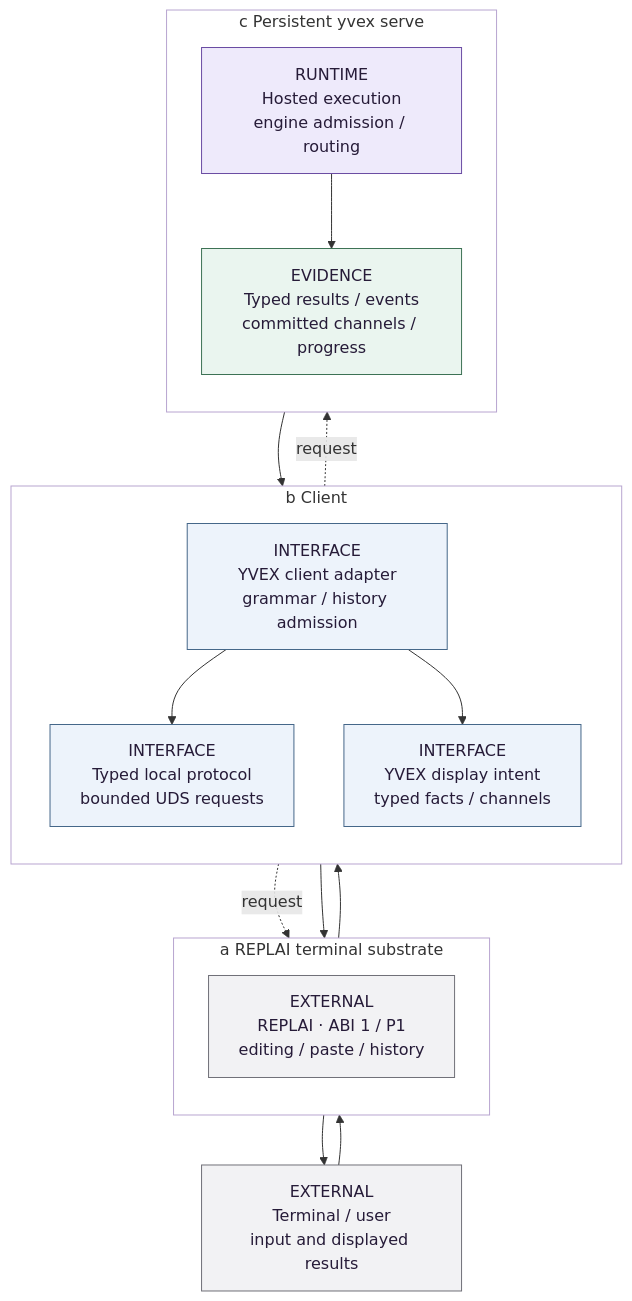
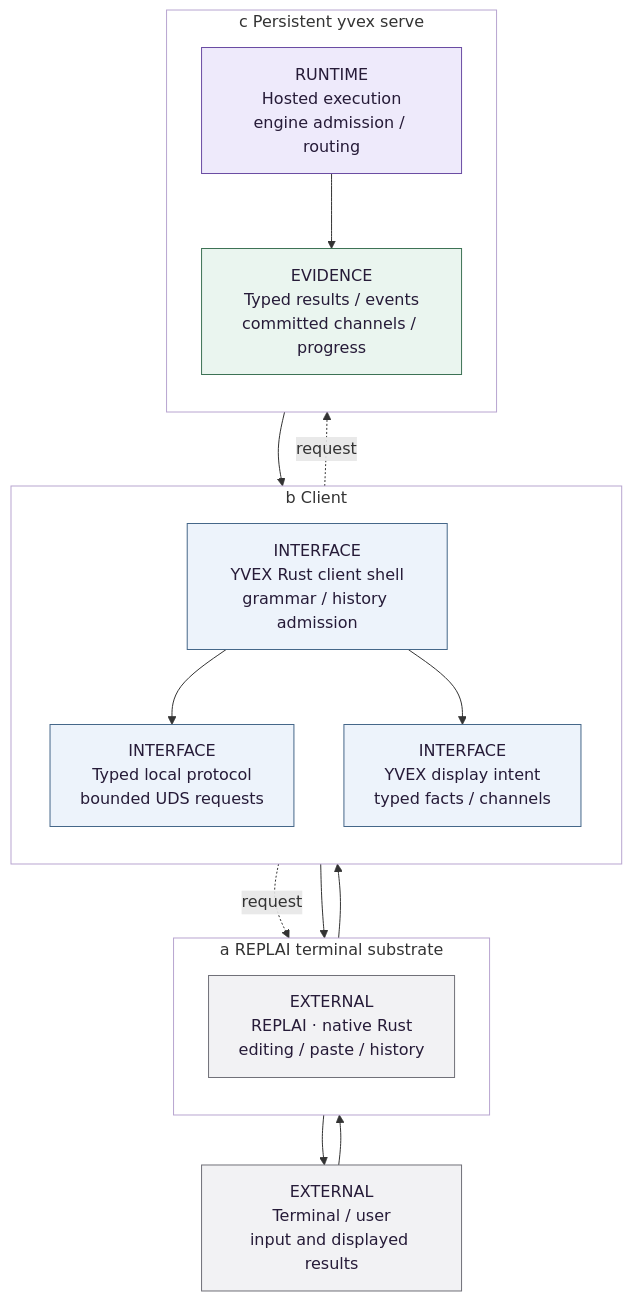
Before and after one commit to yailabs/yvex: the diagram in docs/architecture/interfaces-protocols.md, drawn with Mermaid. The commit also changed other lines of this file and 252 other files, not shown here.

Commit message:
feat(cli): migrate the complete product shell to native Rust

````diff
--- a/docs/architecture/interfaces-protocols.md
+++ b/docs/architecture/interfaces-protocols.md
@@ -61,42 +83,42 @@
 ```mermaid
 %% yvex-figure: interactive_boundary
 %%{init: {"themeVariables": {"background": "transparent"}}}%%
 flowchart TB
   n_terminal["EXTERNAL<br/>Terminal / user<br/>input and displayed results"]:::external
   subgraph n_panel_0["a  REPLAI terminal substrate"]
     direction TB
-  n_editor["EXTERNAL<br/>REPLAI · ABI 1 / P1<br/>editing / paste / history"]:::external
+  n_editor["EXTERNAL<br/>REPLAI · native Rust<br/>editing / paste / history"]:::external
   end
   subgraph n_panel_1["b  Client"]
     direction TB
-  n_client["INTERFACE<br/>YVEX client adapter<br/>grammar / history admission"]:::interface
+  n_client["INTERFACE<br/>YVEX Rust client shell<br/>grammar / history admission"]:::interface
   n_protocol["INTERFACE<br/>Typed local protocol<br/>bounded UDS requests"]:::interface
   n_render["INTERFACE<br/>YVEX display intent<br/>typed facts / channels"]:::interface
   end
   subgraph n_panel_2["c  Persistent yvex serve"]
     direction TB
   n_runtime["RUNTIME<br/>Hosted execution<br/>engine admission / routing"]:::runtime
   n_events["EVIDENCE<br/>Typed results / events<br/>committed channels / progress"]:::evidence
   end
   n_terminal --> n_editor
   n_editor --> n_client
   n_client -. request .-> n_editor
   n_client --> n_protocol
   n_protocol -. request .-> n_runtime
   n_runtime --> n_events
   n_events --> n_render
   n_client --> n_render
   n_render --> n_editor
   n_editor --> n_terminal
   n_panel_0 ~~~ n_panel_1 ~~~ n_panel_2
   classDef semantic fill:#efe5fc,stroke:#7541ba,color:#261b38
   classDef physical fill:#f4effb,stroke:#8054b2,color:#261b38
   classDef runtime fill:#eeeafb,stroke:#6a4ca3,color:#261b38
   classDef mutable fill:#fff3db,stroke:#8e6920,color:#261b38
   classDef interface fill:#edf3fb,stroke:#456789,color:#261b38
   classDef external fill:#f2f2f4,stroke:#707078,color:#261b38
   classDef evidence fill:#eaf5ef,stroke:#3d7255,color:#261b38
   style n_panel_0 fill:transparent,stroke:#b8a5d0
   style n_panel_1 fill:transparent,stroke:#b8a5d0
   style n_panel_2 fill:transparent,stroke:#b8a5d0
 ```
````
